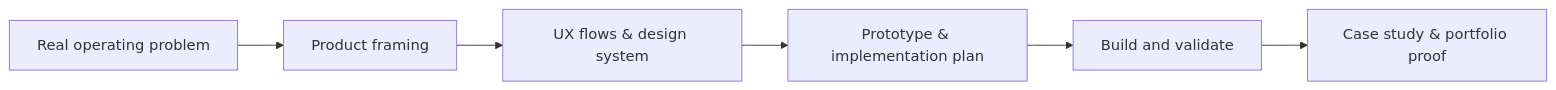
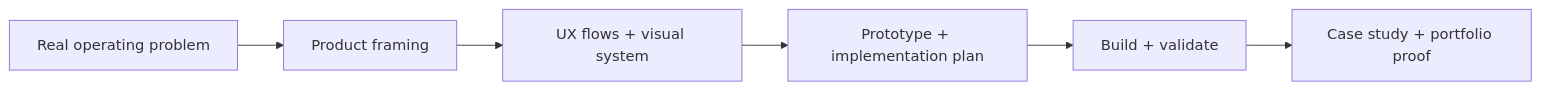
Before and after one commit to SaimonKabirChowdhury/saimon-portfolio: the second of 2 diagrams in README.md, drawn with Mermaid. The commit also changed other lines of this file and 26 other files, not shown here.

Commit message:
Build cinematic portfolio domain and project archive

````diff
--- a/README.md
+++ b/README.md
@@ -15,8 +51,8 @@
 ```mermaid
 flowchart LR
   A[Real operating problem] --> B[Product framing]
-  B --> C[UX flows & design system]
-  C --> D[Prototype & implementation plan]
-  D --> E[Build and validate]
-  E --> F[Case study & portfolio proof]
+  B --> C[UX flows + visual system]
+  C --> D[Prototype + implementation plan]
+  D --> E[Build + validate]
+  E --> F[Case study + portfolio proof]
 ```
````
